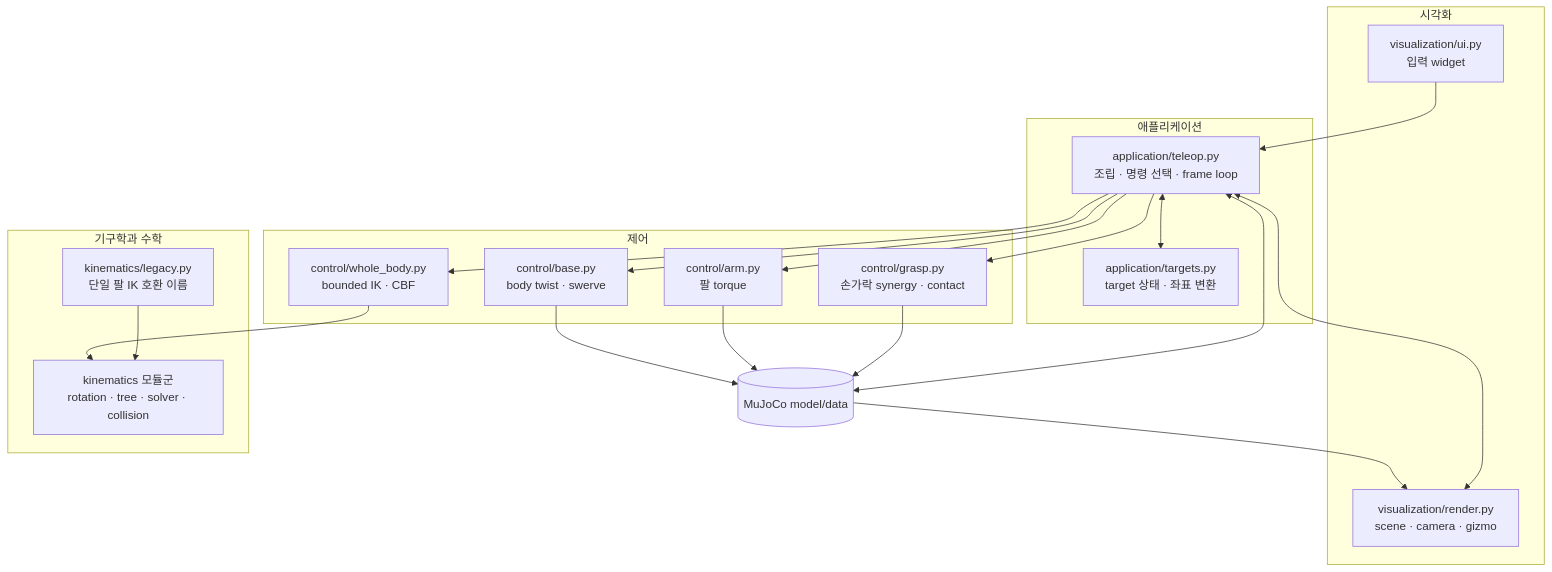
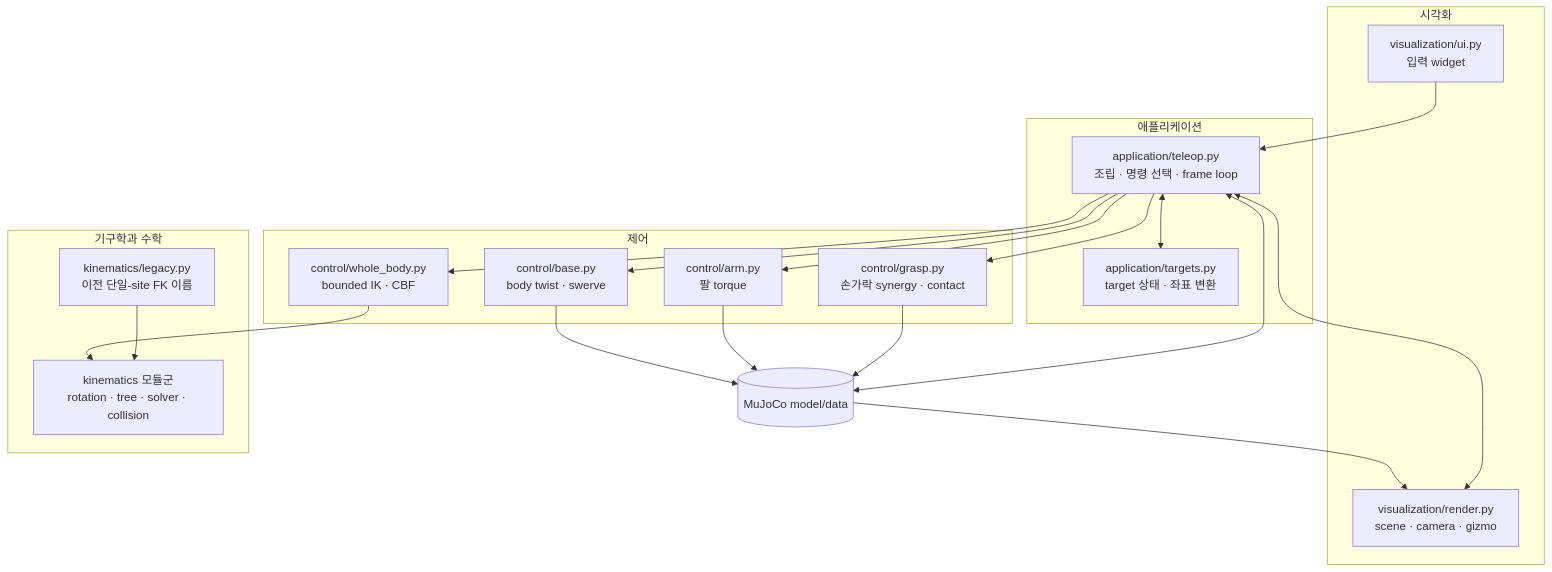
One commit to Geonhee-LEE/aiworker-mj-lab changed the second of 2 diagrams in docs/guide/index.md. Above: the diagram before and after it, drawn with Mermaid. The commit also changed other lines of this file and 45 other files, not shown here.

````diff
--- a/docs/guide/index.md
+++ b/docs/guide/index.md
@@ -147,41 +145,41 @@
 ```mermaid
 flowchart TB
     subgraph App["애플리케이션"]
         APP["application/teleop.py<br>조립 · 명령 선택 · frame loop"]
         TARGETS["application/targets.py<br>target 상태 · 좌표 변환"]
     end
 
     subgraph Visual["시각화"]
         UI["visualization/ui.py<br>입력 widget"]
         RENDER["visualization/render.py<br>scene · camera · gizmo"]
     end
 
     subgraph Kinematics["기구학과 수학"]
         KIN["kinematics 모듈군<br>rotation · tree · solver · collision"]
-        IK["kinematics/legacy.py<br>단일 팔 IK 호환 이름"]
+        IK["kinematics/legacy.py<br>이전 단일-site FK 이름"]
     end
 
     subgraph Control["제어"]
         WBIK["control/whole_body.py<br>bounded IK · CBF"]
         BASE["control/base.py<br>body twist · swerve"]
         ARM["control/arm.py<br>팔 torque"]
         GRASP["control/grasp.py<br>손가락 synergy · contact"]
     end
 
     PHYS[("MuJoCo model/data")]
 
     UI --> APP
     RENDER <--> APP
     APP <--> TARGETS
     APP --> WBIK
     APP --> BASE
     APP --> ARM
     APP --> GRASP
     WBIK --> KIN
     IK --> KIN
     BASE --> PHYS
     ARM --> PHYS
     GRASP --> PHYS
     APP <--> PHYS
     PHYS --> RENDER
 ```
````
